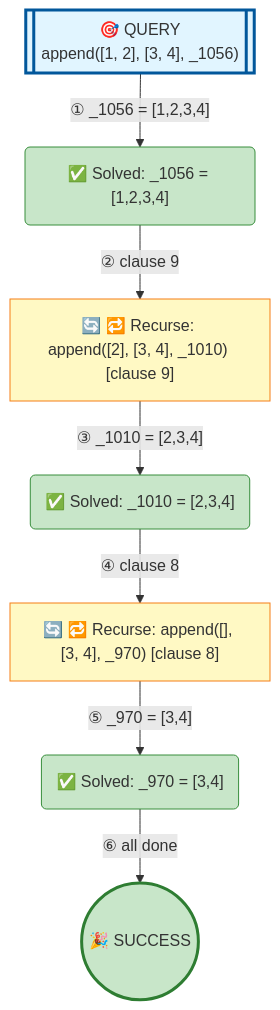
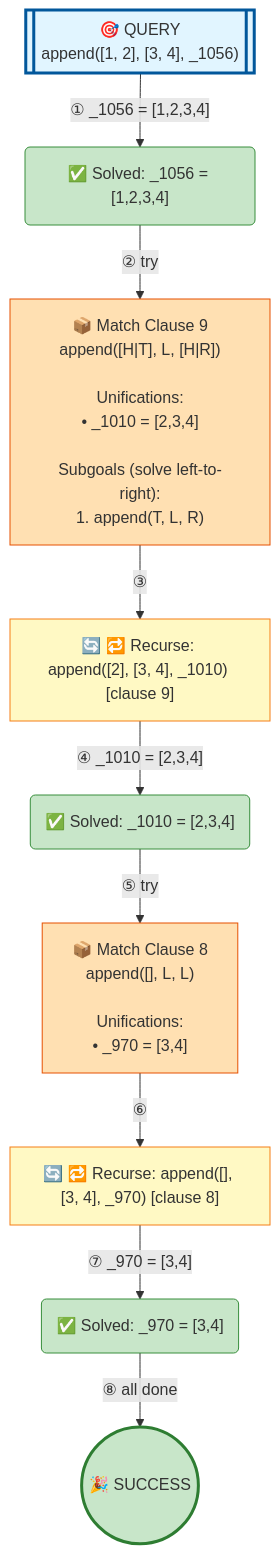
The diagram in examples/append-full.md (jarecsni/prolog-trace-viz), drawn with Mermaid before and after one commit. The commit also changed other lines of this file and 15 other files, not shown here.

````diff
--- a/examples/append-full.md
+++ b/examples/append-full.md
@@ -16,29 +16,35 @@
 ```mermaid
 graph TD
 
 %% Nodes
 A[["🎯 QUERY<br/>append([1, 2], [3, 4], _1056)"]]
 B("✅ Solved: _1056 = [1,2,3,4]")
 C["🔄 🔁 Recurse: append([2], [3, 4], _1010) [clause 9]"]
-D("✅ Solved: _1010 = [2,3,4]")
-E["🔄 🔁 Recurse: append([], [3, 4], _970) [clause 8]"]
-F("✅ Solved: _970 = [3,4]")
-G(("🎉 SUCCESS"))
+D["📦 Match Clause 9<br/>append([H|T], L, [H|R])<br/><br/>Unifications:<br/>• _1010 = [2,3,4]<br/><br/>Subgoals (solve left-to-right):<br/>1. append(T, L, R)"]
+E("✅ Solved: _1010 = [2,3,4]")
+F["🔄 🔁 Recurse: append([], [3, 4], _970) [clause 8]"]
+G["📦 Match Clause 8<br/>append([], L, L)<br/><br/>Unifications:<br/>• _970 = [3,4]"]
+H("✅ Solved: _970 = [3,4]")
+I(("🎉 SUCCESS"))
 
 %% Edges
 A -->|"① _1056 = [1,2,3,4]"| B
-B -->|"② clause 9"| C
-C -->|"③ _1010 = [2,3,4]"| D
-D -->|"④ clause 8"| E
-E -->|"⑤ _970 = [3,4]"| F
-F -->|"⑥ all done"| G
+B -->|"② try"| D
+D -->|"③"| C
+C -->|"④ _1010 = [2,3,4]"| E
+E -->|"⑤ try"| G
+G -->|"⑥"| F
+F -->|"⑦ _970 = [3,4]"| H
+H -->|"⑧ all done"| I
 
 %% Styles
 style A fill:#e1f5ff,stroke:#01579b,stroke-width:3px
 style B fill:#c8e6c9,stroke:#388e3c
 style C fill:#fff9c4,stroke:#f57f17
-style D fill:#c8e6c9,stroke:#388e3c
-style E fill:#fff9c4,stroke:#f57f17
-style F fill:#c8e6c9,stroke:#388e3c
-style G fill:#c8e6c9,stroke:#2e7d32,stroke-width:3px
+style D fill:#ffe0b2,stroke:#e65100
+style E fill:#c8e6c9,stroke:#388e3c
+style F fill:#fff9c4,stroke:#f57f17
+style G fill:#ffe0b2,stroke:#e65100
+style H fill:#c8e6c9,stroke:#388e3c
+style I fill:#c8e6c9,stroke:#2e7d32,stroke-width:3px
 ```
````
